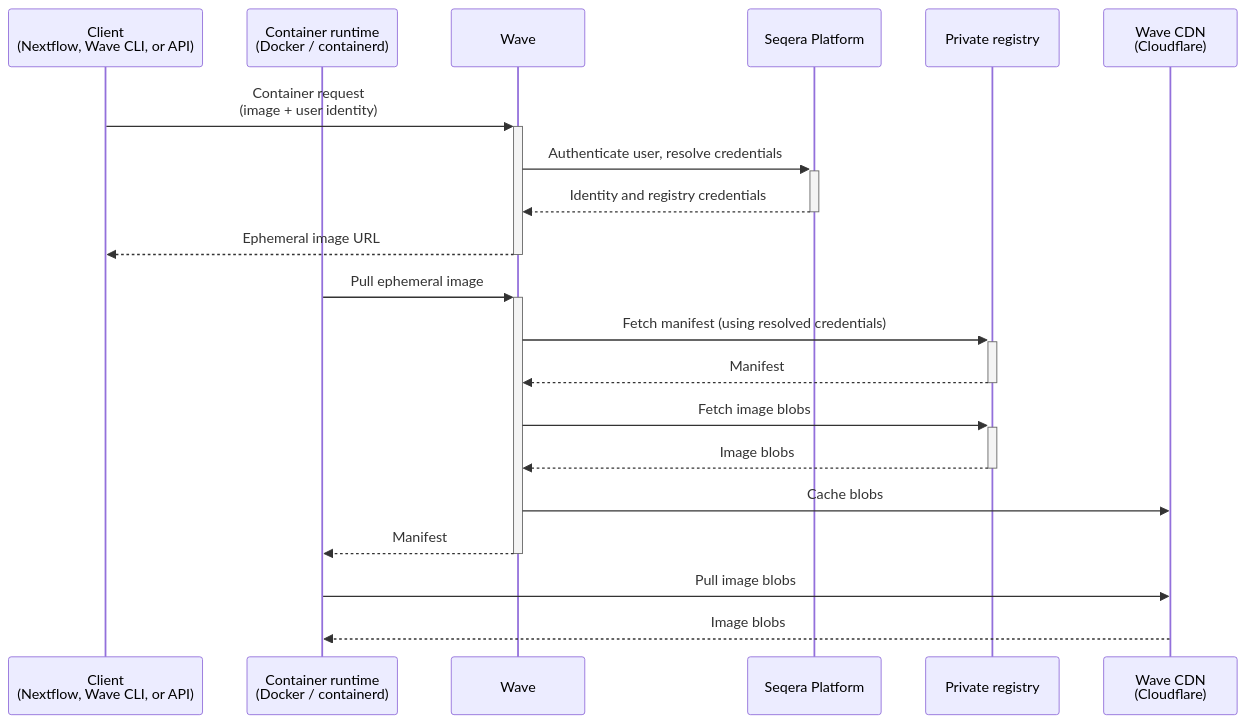
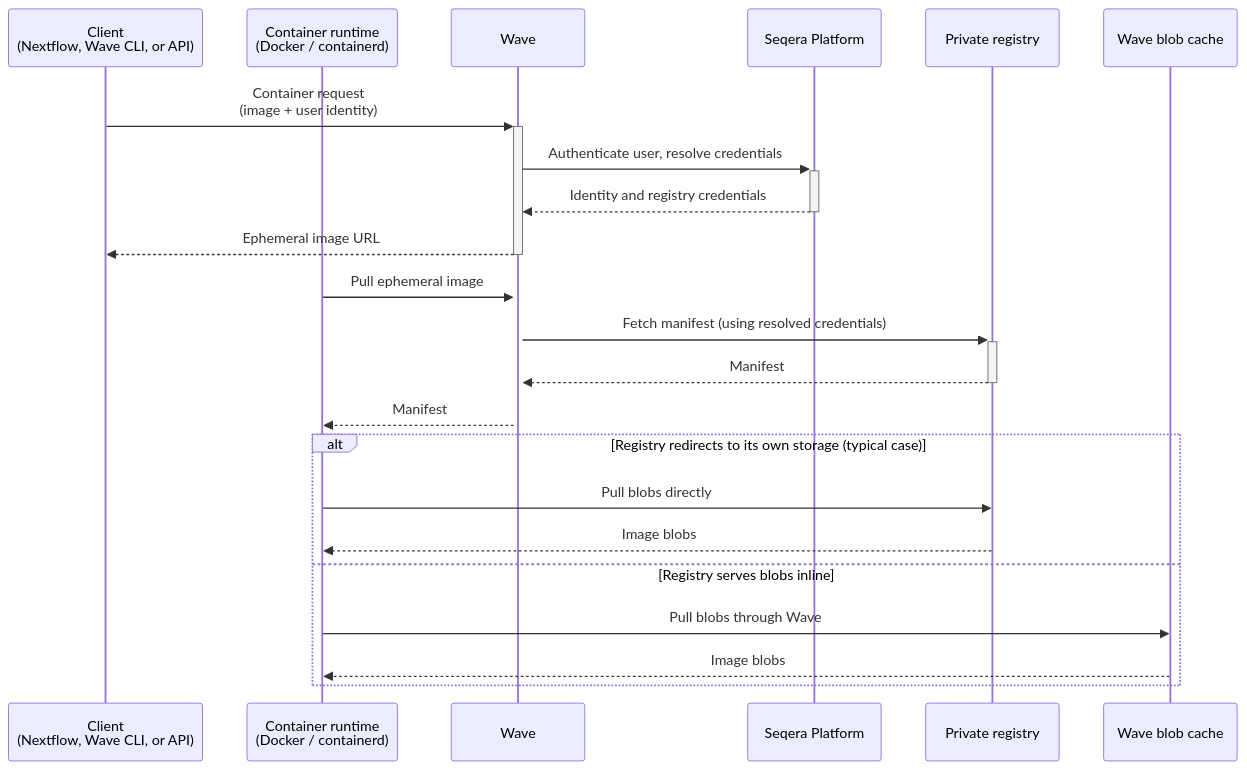
One commit to seqeralabs/wave changed the diagram in docs/features/authentication.mdx. Above: the diagram before and after it, drawn with Mermaid. The commit also changed other lines of this file and 9 other files, not shown here.

````diff
--- a/docs/features/authentication.mdx
+++ b/docs/features/authentication.mdx
@@ -34,25 +34,27 @@
 ```mermaid
 sequenceDiagram
     participant C as Client<br/>(Nextflow, Wave CLI, or API)
     participant RT as Container runtime<br/>(Docker / containerd)
     participant W as Wave
     participant P as Seqera Platform
     participant R as Private registry
-    participant CDN as Wave CDN<br/>(Cloudflare)
+    participant Cache as Wave blob cache
 
     C->>+W: Container request<br/>(image + user identity)
     W->>+P: Authenticate user, resolve credentials
     P-->>-W: Identity and registry credentials
     W-->>-C: Ephemeral image URL
 
     RT->>+W: Pull ephemeral image
     W->>+R: Fetch manifest (using resolved credentials)
     R-->>-W: Manifest
-    W->>+R: Fetch image blobs
-    R-->>-W: Image blobs
-    W->>CDN: Cache blobs
-    W-->>-RT: Manifest
+    W-->>RT: Manifest
 
-    RT->>CDN: Pull image blobs
-    CDN-->>RT: Image blobs
+    alt Registry redirects to its own storage (typical case)
+        RT->>R: Pull blobs directly
+        R-->>RT: Image blobs
+    else Registry serves blobs inline
+        RT->>Cache: Pull blobs through Wave
+        Cache-->>RT: Image blobs
+    end
 ```
````
